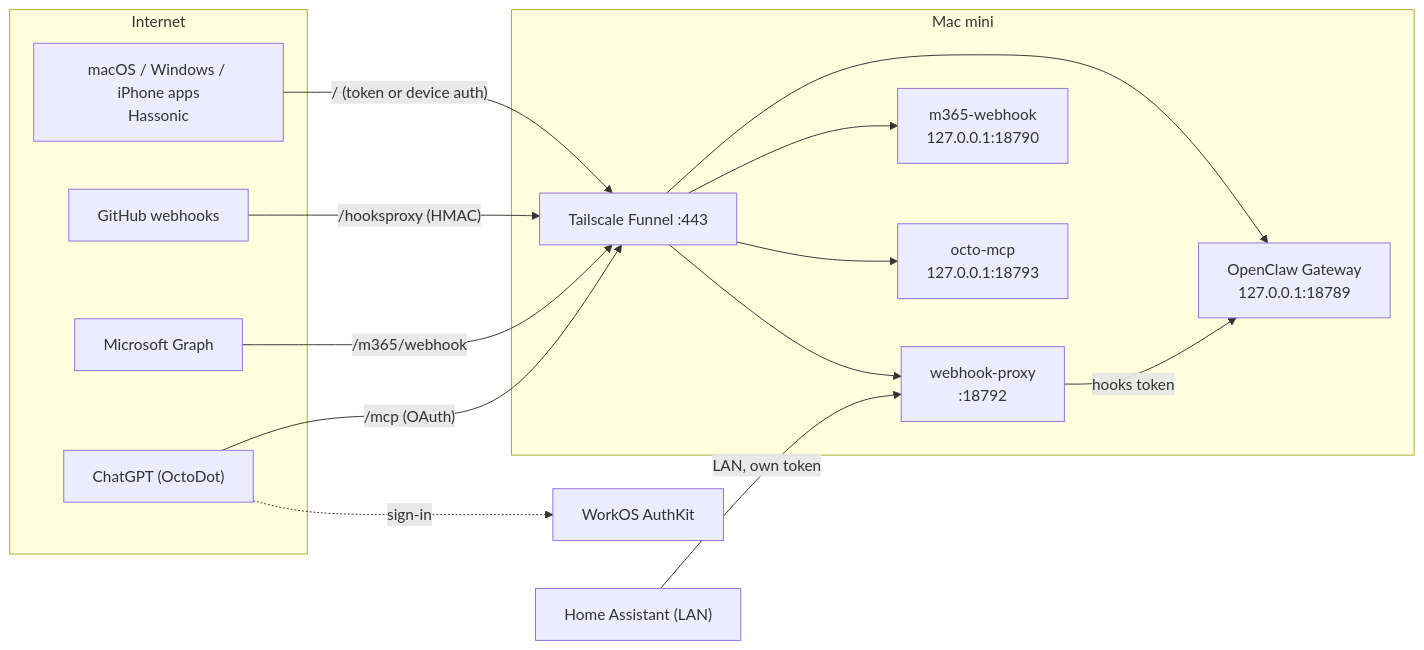
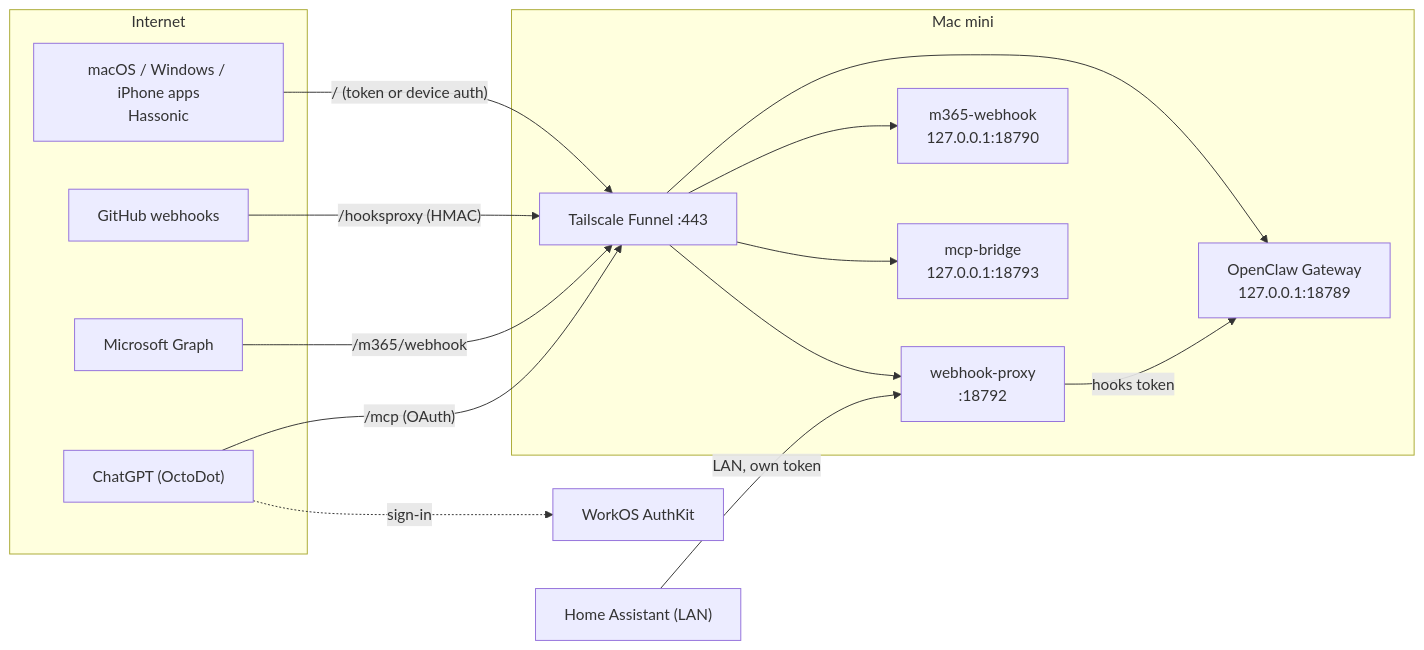
Before and after one commit to JeffSteinbok/octo-docs: the diagram in docs/external-integrations.md, drawn with Mermaid. The commit also changed other lines of this file and 8 other files, not shown here.

````diff
--- a/docs/external-integrations.md
+++ b/docs/external-integrations.md
@@ -22,29 +22,29 @@
 ```mermaid
 flowchart LR
     subgraph Internet
         APPS["macOS / Windows / iPhone apps<br/>Hassonic"]
         GH["GitHub webhooks"]
         M365["Microsoft Graph"]
         CGPT["ChatGPT (OctoDot)"]
     end
     HA["Home Assistant (LAN)"]
     subgraph Mac["Mac mini"]
         F["Tailscale Funnel :443"]
         GW["OpenClaw Gateway<br/>127.0.0.1:18789"]
         WP["webhook-proxy<br/>:18792"]
         MW["m365-webhook<br/>127.0.0.1:18790"]
-        MCP["octo-mcp<br/>127.0.0.1:18793"]
+        MCP["mcp-bridge<br/>127.0.0.1:18793"]
     end
     WK["WorkOS AuthKit"]
     APPS -->|"/ (token or device auth)"| F
     GH -->|"/hooksproxy (HMAC)"| F
     M365 -->|"/m365/webhook"| F
     CGPT -->|"/mcp (OAuth)"| F
     CGPT -. sign-in .-> WK
     F --> GW
     F --> WP
     F --> MW
     F --> MCP
     HA -->|"LAN, own token"| WP
     WP -->|"hooks token"| GW
 ```
````
